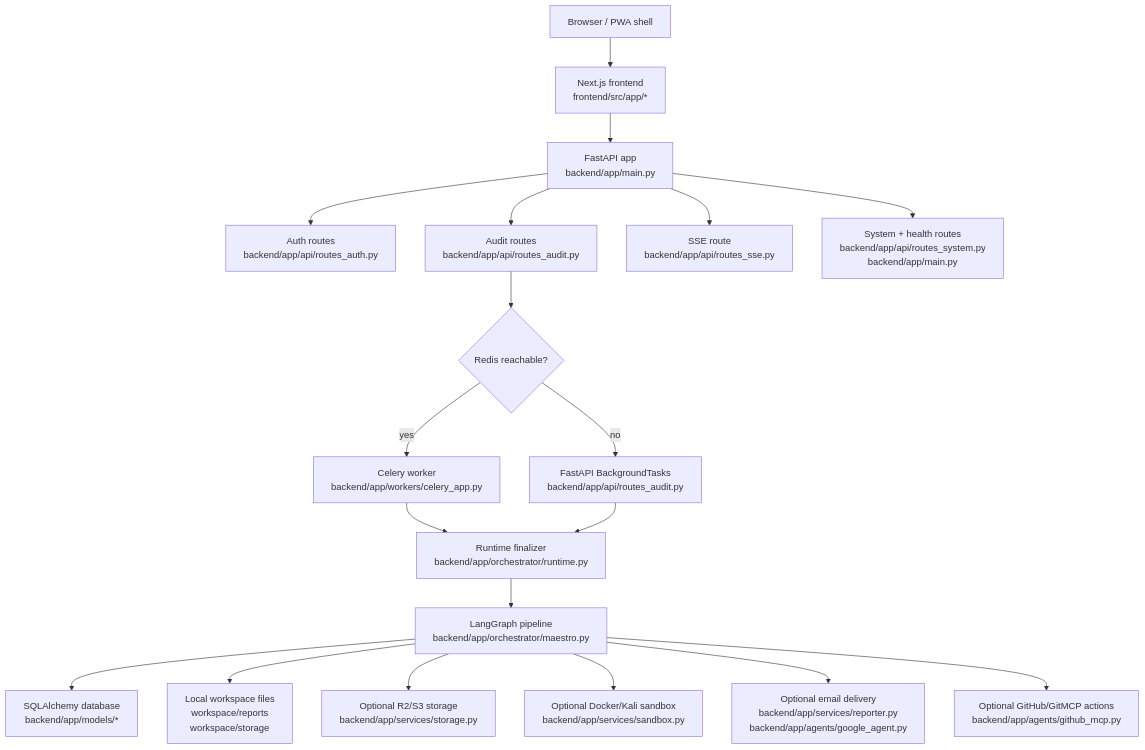
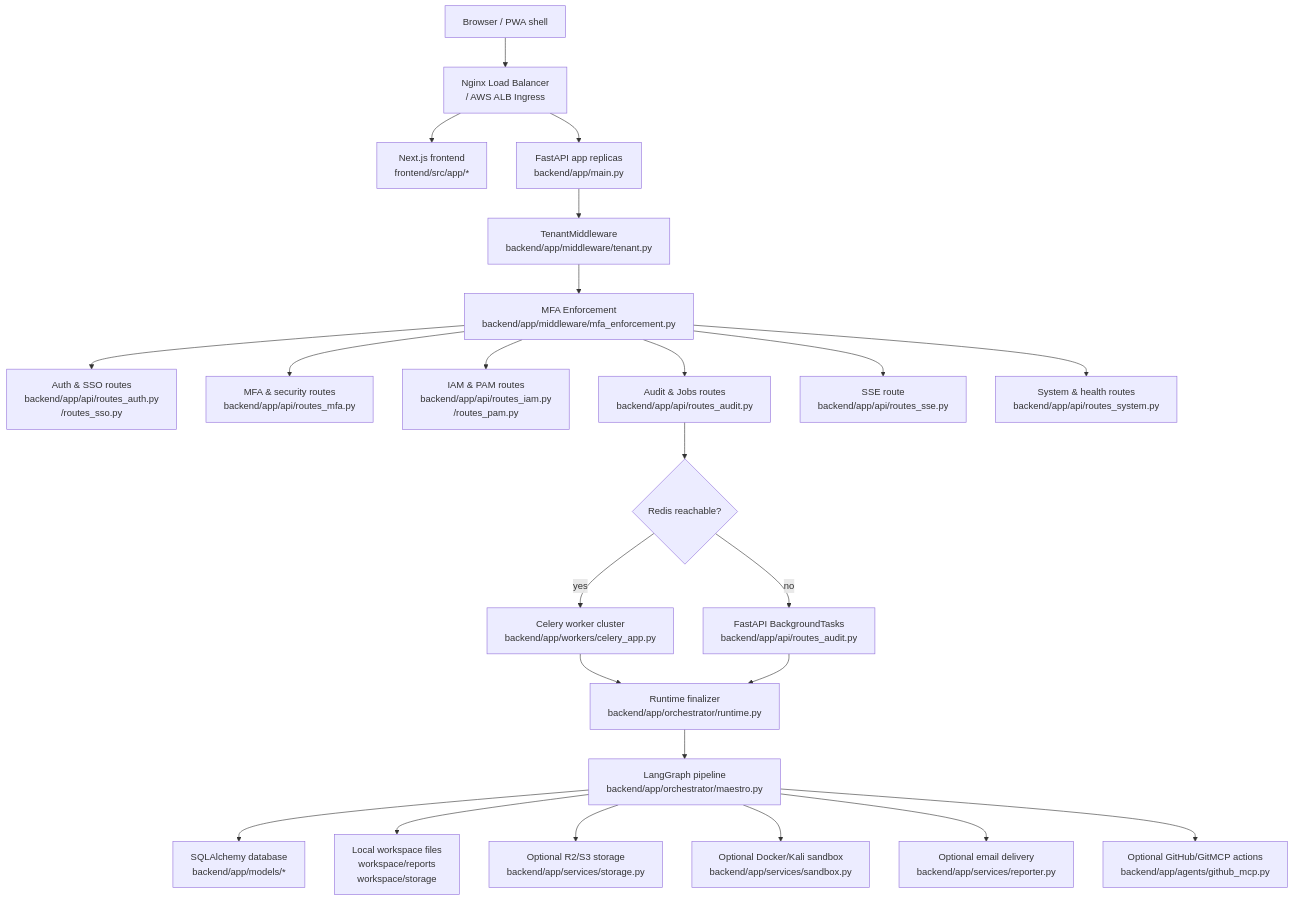
One commit to skvsmdarman/Fire-Crow-prototype-project changed the diagram in docs/ARCHITECTURE.md. Above: the diagram before and after it, drawn with Mermaid. The commit also changed other lines of this file and 102 other files, not shown here.

````diff
--- a/docs/ARCHITECTURE.md
+++ b/docs/ARCHITECTURE.md
@@ -7,21 +7,26 @@
 ```mermaid
 flowchart TD
-    Browser["Browser / PWA shell"] --> Frontend["Next.js frontend\nfrontend/src/app/*"]
-    Frontend --> API["FastAPI app\nbackend/app/main.py"]
-    API --> Auth["Auth routes\nbackend/app/api/routes_auth.py"]
-    API --> Audit["Audit routes\nbackend/app/api/routes_audit.py"]
-    API --> SSE["SSE route\nbackend/app/api/routes_sse.py"]
-    API --> System["System + health routes\nbackend/app/api/routes_system.py\nbackend/app/main.py"]
+    Browser["Browser / PWA shell"] --> Ingress["Nginx Load Balancer\n/ AWS ALB Ingress"]
+    Ingress --> Frontend["Next.js frontend\nfrontend/src/app/*"]
+    Ingress --> API["FastAPI app replicas\nbackend/app/main.py"]
+    API --> TenantMW["TenantMiddleware\nbackend/app/middleware/tenant.py"]
+    TenantMW --> MFAEnforce["MFA Enforcement\nbackend/app/middleware/mfa_enforcement.py"]
+    MFAEnforce --> Auth["Auth & SSO routes\nbackend/app/api/routes_auth.py\n/routes_sso.py"]
+    MFAEnforce --> MFA["MFA & security routes\nbackend/app/api/routes_mfa.py"]
+    MFAEnforce --> IAM["IAM & PAM routes\nbackend/app/api/routes_iam.py\n/routes_pam.py"]
+    MFAEnforce --> Audit["Audit & Jobs routes\nbackend/app/api/routes_audit.py"]
+    MFAEnforce --> SSE["SSE route\nbackend/app/api/routes_sse.py"]
+    MFAEnforce --> System["System & health routes\nbackend/app/api/routes_system.py"]
     Audit --> Dispatch{"Redis reachable?"}
-    Dispatch -- "yes" --> Celery["Celery worker\nbackend/app/workers/celery_app.py"]
+    Dispatch -- "yes" --> Celery["Celery worker cluster\nbackend/app/workers/celery_app.py"]
     Dispatch -- "no" --> BG["FastAPI BackgroundTasks\nbackend/app/api/routes_audit.py"]
     Celery --> Runtime["Runtime finalizer\nbackend/app/orchestrator/runtime.py"]
     BG --> Runtime
     Runtime --> Graph["LangGraph pipeline\nbackend/app/orchestrator/maestro.py"]
     Graph --> DB["SQLAlchemy database\nbackend/app/models/*"]
     Graph --> Local["Local workspace files\nworkspace/reports\nworkspace/storage"]
     Graph --> R2["Optional R2/S3 storage\nbackend/app/services/storage.py"]
     Graph --> Sandbox["Optional Docker/Kali sandbox\nbackend/app/services/sandbox.py"]
-    Graph --> Email["Optional email delivery\nbackend/app/services/reporter.py\nbackend/app/agents/google_agent.py"]
+    Graph --> Email["Optional email delivery\nbackend/app/services/reporter.py"]
     Graph --> GitHub["Optional GitHub/GitMCP actions\nbackend/app/agents/github_mcp.py"]
 ```
````
